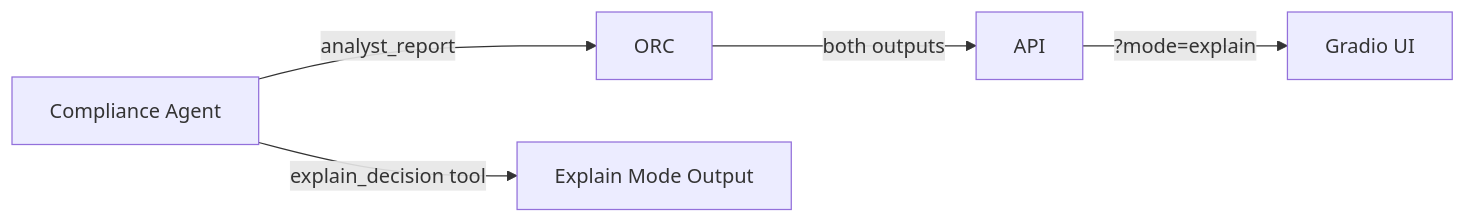
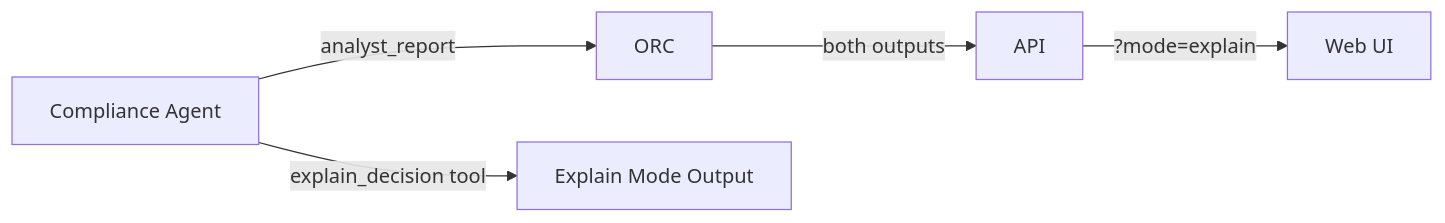
One commit to iarjunganesh/argus changed the diagram in docs/roadmap/explain-mode.md. Above: the diagram before and after it, drawn with Mermaid. The commit also changed other lines of this file and 30 other files, not shown here.

````diff
--- a/docs/roadmap/explain-mode.md
+++ b/docs/roadmap/explain-mode.md
@@ -43,7 +43,7 @@
 ```mermaid
 graph LR
     CRA[Compliance Agent] -->|analyst_report| ORC
     CRA -->|explain_decision tool| EXP[Explain Mode Output]
     ORC -->|both outputs| API
-    API -->|?mode=explain| UI[Gradio UI]
+    API -->|?mode=explain| UI[Web UI]
 ```
````
